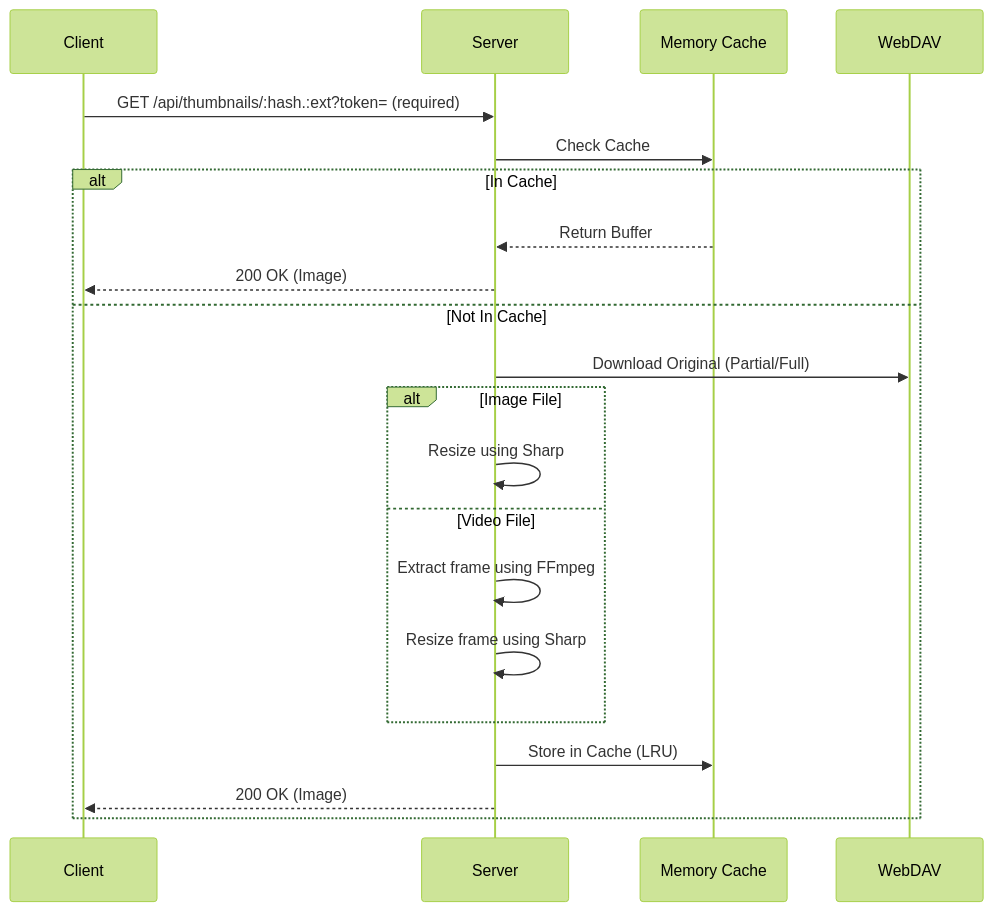
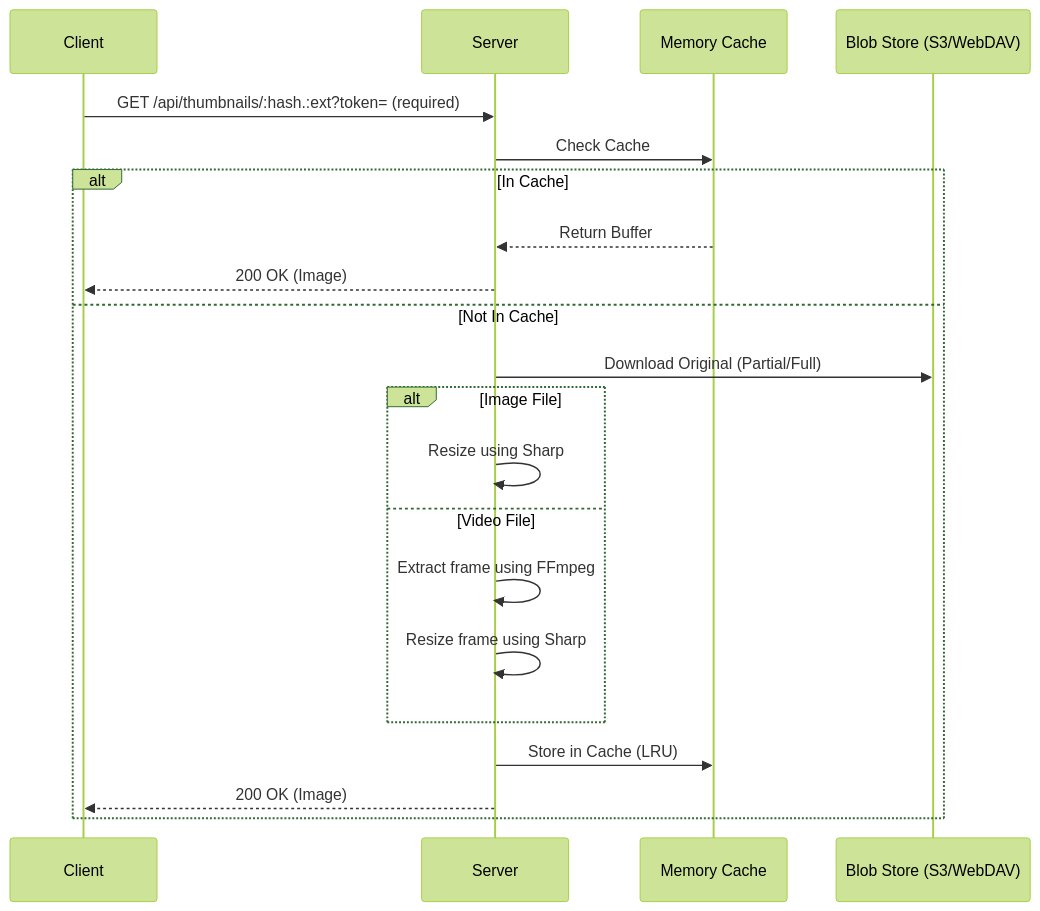
One commit to rct3232/webdav-easyaccess changed the second of 3 diagrams in docs/ARCHITECTURE.md. Above: the diagram before and after it, drawn with Mermaid (forest theme). The commit also changed other lines of this file and 4 other files, not shown here.

````diff
--- a/docs/ARCHITECTURE.md
+++ b/docs/ARCHITECTURE.md
@@ -208,24 +208,24 @@
 ```mermaid
 sequenceDiagram
     participant C as Client
     participant S as Server
     participant Cache as Memory Cache
-    participant W as WebDAV
+    participant B as Blob Store (S3/WebDAV)
     
     C->>S: GET /api/thumbnails/:hash.:ext?token= (required)
     S->>Cache: Check Cache
     alt In Cache
         Cache-->>S: Return Buffer
         S-->>C: 200 OK (Image)
     else Not In Cache
-        S->>W: Download Original (Partial/Full)
+        S->>B: Download Original (Partial/Full)
         alt Image File
             S->>S: Resize using Sharp
         else Video File
             S->>S: Extract frame using FFmpeg
             S->>S: Resize frame using Sharp
         end
         S->>Cache: Store in Cache (LRU)
         S-->>C: 200 OK (Image)
     end
 ```
````
